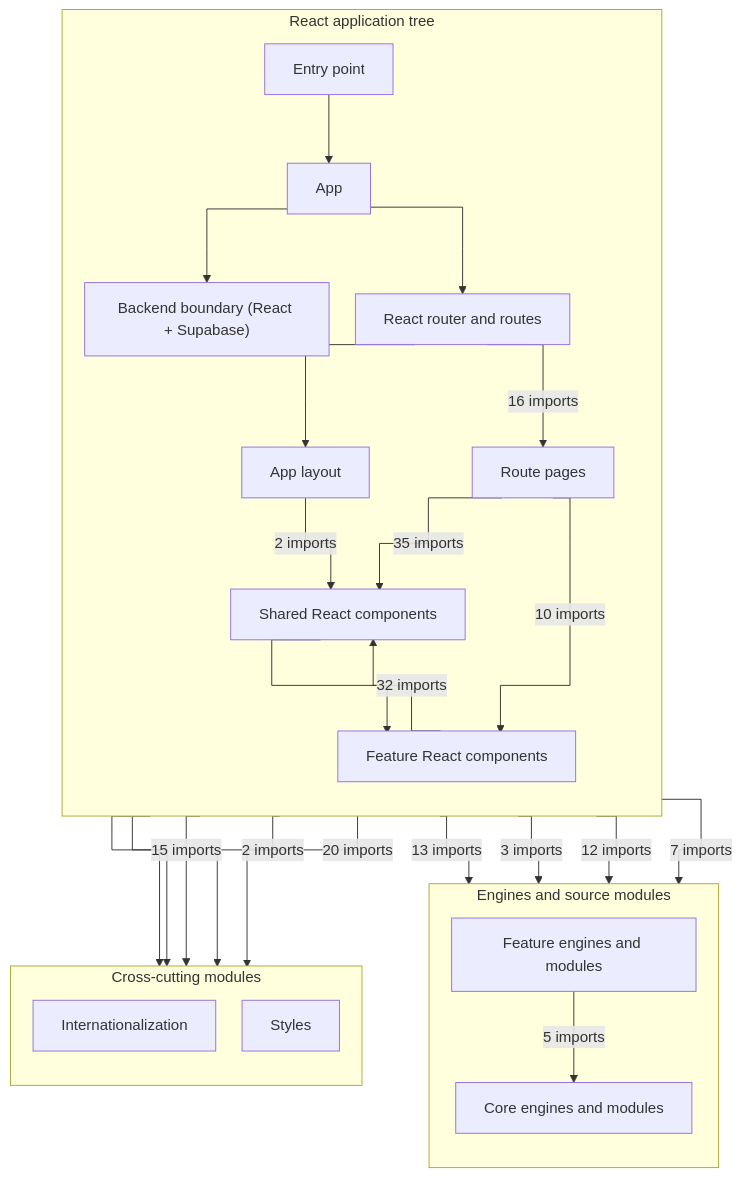
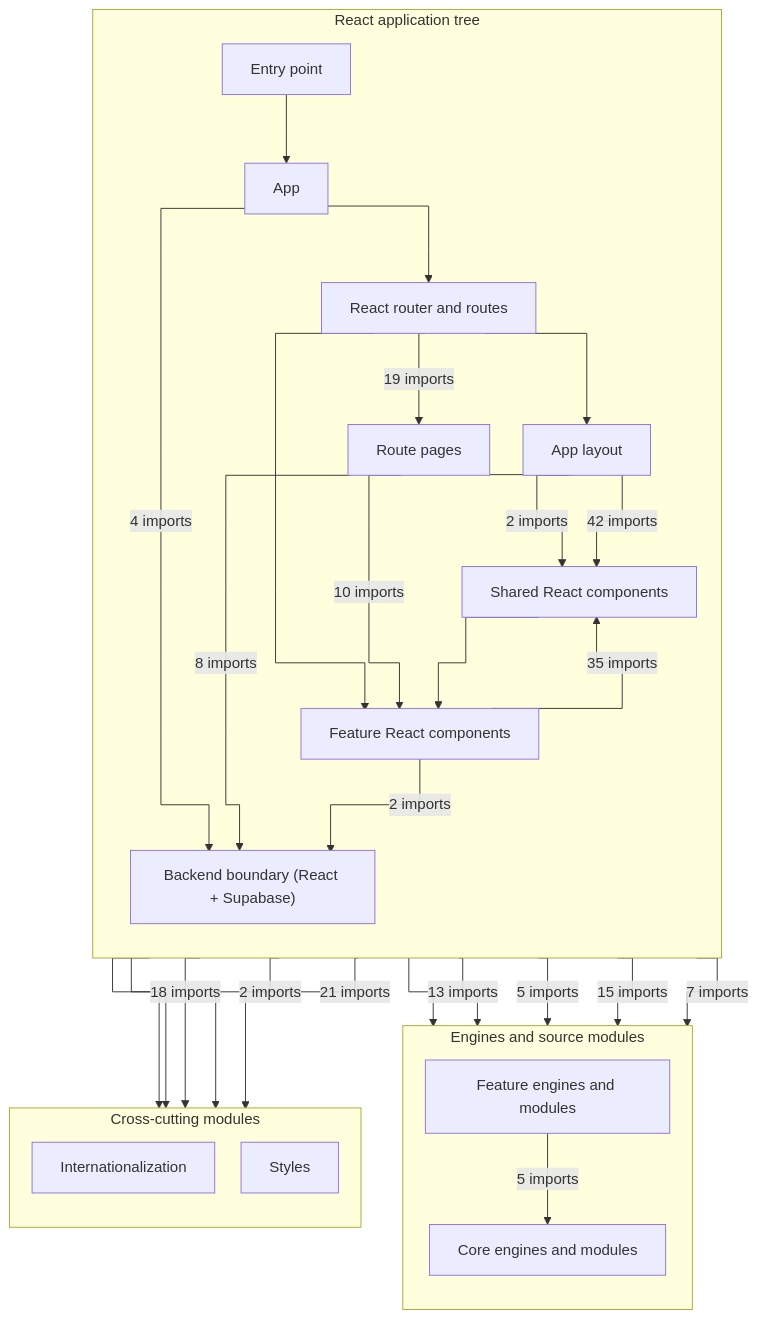
The first of 9 diagrams in docs/dependency-graph.md (temsahak-rgb/Dino-5monde), drawn with Mermaid before and after one commit. The commit also changed other lines of this file, not shown here.

Commit message:
docs: update dependency graph [skip ci]

````diff
--- a/docs/dependency-graph.md
+++ b/docs/dependency-graph.md
@@ -12,45 +12,49 @@
 ```mermaid
 %%{init: {"flowchart": {"curve": "stepAfter", "nodeSpacing": 28, "rankSpacing": 48}}}%%
 flowchart TB
     subgraph R["React application tree"]
         direction TB
         G0["Entry point"]
         G1["App"]
         G2["Backend boundary (React + Supabase)"]
         G3["React router and routes"]
         G4["App layout"]
         G5["Route pages"]
         G6["Shared React components"]
         G7["Feature React components"]
     end
     subgraph L["Engines and source modules"]
         direction TB
         G8["Feature engines and modules"]
         G9["Core engines and modules"]
     end
     subgraph C["Cross-cutting modules"]
         direction TB
         G10["Internationalization"]
         G12["Styles"]
     end
     G0 --> G1
     G0 --> G12
-    G1 --> G2
+    G1 -->|4 imports| G2
     G1 --> G3
     G1 --> G10
     G3 --> G4
-    G3 -->|16 imports| G5
+    G3 -->|19 imports| G5
+    G3 --> G7
+    G3 --> G9
     G4 -->|2 imports| G6
-    G5 -->|35 imports| G6
+    G5 -->|8 imports| G2
+    G5 -->|42 imports| G6
     G5 -->|10 imports| G7
     G5 -->|13 imports| G8
-    G5 -->|3 imports| G9
-    G5 -->|15 imports| G10
+    G5 -->|5 imports| G9
+    G5 -->|18 imports| G10
     G6 --> G7
     G6 -->|2 imports| G10
-    G7 -->|32 imports| G6
-    G7 -->|12 imports| G8
+    G7 -->|2 imports| G2
+    G7 -->|35 imports| G6
+    G7 -->|15 imports| G8
     G7 -->|7 imports| G9
-    G7 -->|20 imports| G10
+    G7 -->|21 imports| G10
     G8 -->|5 imports| G9
 ```
````
